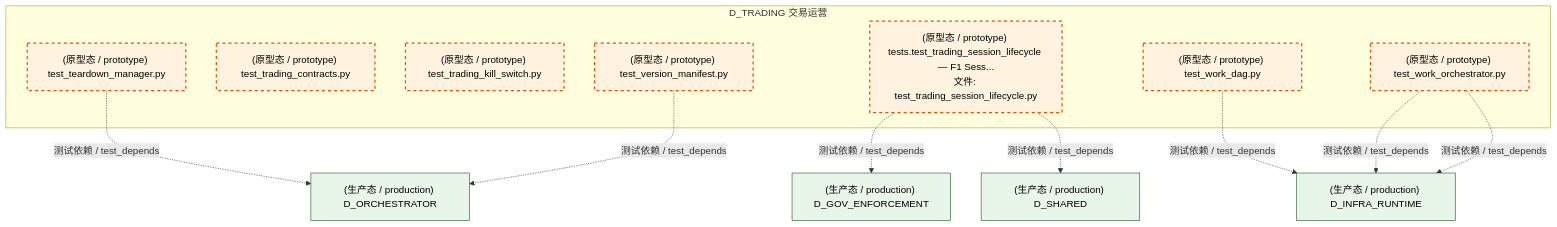
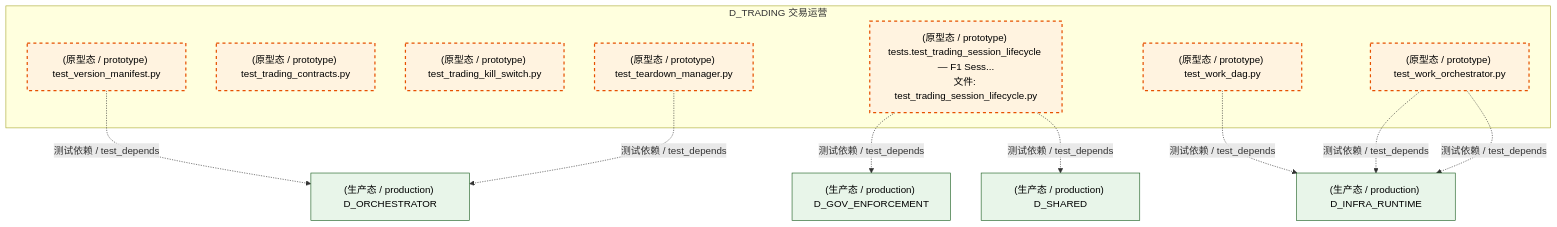
The fourth of 7 diagrams in docs/02_enterprise_architecture/02_domain_architecture_docs/56_d_trading.md (xuanFelixVan/ZephyrAlpha), drawn with Mermaid before and after one commit. The commit also changed other lines of this file and 122 other files, not shown here.

````diff
--- a/docs/02_enterprise_architecture/02_domain_architecture_docs/56_d_trading.md
+++ b/docs/02_enterprise_architecture/02_domain_architecture_docs/56_d_trading.md
@@ -422,29 +422,29 @@
 ```mermaid
 graph TD
     subgraph D_TRADING["D_TRADING 交易运营"]
         tests_trading_test_teardown_manager_py["(原型态 / prototype) test_teardown_manager.py"]
         tests_trading_test_trading_contracts_py["(原型态 / prototype) test_trading_contracts.py"]
         tests_trading_test_trading_kill_switch_py["(原型态 / prototype) test_trading_kill_switch.py"]
         tests_trading_test_trading_session_lifecycle_py["(原型态 / prototype) tests.test_trading_session_lifecycle — F1 Sess...<br/>文件: test_trading_session_lifecycle.py"]
         tests_trading_test_version_manifest_py["(原型态 / prototype) test_version_manifest.py"]
         tests_trading_test_work_dag_py["(原型态 / prototype) test_work_dag.py"]
         tests_trading_test_work_orchestrator_py["(原型态 / prototype) test_work_orchestrator.py"]
     end
     D_ORCHESTRATOR["(生产态 / production) D_ORCHESTRATOR"]
+    tests_trading_test_version_manifest_py -.->|测试依赖 / test_depends| D_ORCHESTRATOR
     tests_trading_test_teardown_manager_py -.->|测试依赖 / test_depends| D_ORCHESTRATOR
     D_GOV_ENFORCEMENT["(生产态 / production) D_GOV_ENFORCEMENT"]
     tests_trading_test_trading_session_lifecycle_py -.->|测试依赖 / test_depends| D_GOV_ENFORCEMENT
     D_SHARED["(生产态 / production) D_SHARED"]
     tests_trading_test_trading_session_lifecycle_py -.->|测试依赖 / test_depends| D_SHARED
-    tests_trading_test_version_manifest_py -.->|测试依赖 / test_depends| D_ORCHESTRATOR
     D_INFRA_RUNTIME["(生产态 / production) D_INFRA_RUNTIME"]
     tests_trading_test_work_dag_py -.->|测试依赖 / test_depends| D_INFRA_RUNTIME
     tests_trading_test_work_orchestrator_py -.->|测试依赖 / test_depends| D_INFRA_RUNTIME
     tests_trading_test_work_orchestrator_py -.->|测试依赖 / test_depends| D_INFRA_RUNTIME
     classDef production fill:#e1f5fe,stroke:#01579b,stroke-width:2px,color:#000
     classDef design fill:#fff3e0,stroke:#e65100,stroke-width:2px,color:#000,stroke-dasharray: 5 5
     classDef external_prod fill:#e8f5e9,stroke:#1b5e20,stroke-width:1px,color:#000
     classDef external_design fill:#fce4ec,stroke:#880e4f,stroke-width:1px,color:#000,stroke-dasharray: 5 5
     class tests_trading_test_teardown_manager_py,tests_trading_test_trading_contracts_py,tests_trading_test_trading_kill_switch_py,tests_trading_test_trading_session_lifecycle_py,tests_trading_test_version_manifest_py,tests_trading_test_work_dag_py,tests_trading_test_work_orchestrator_py design
     class D_ORCHESTRATOR,D_GOV_ENFORCEMENT,D_SHARED,D_INFRA_RUNTIME external_prod
 ```
````
